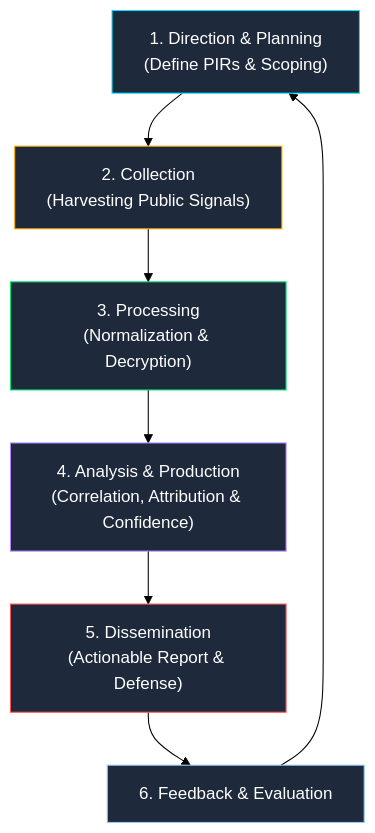
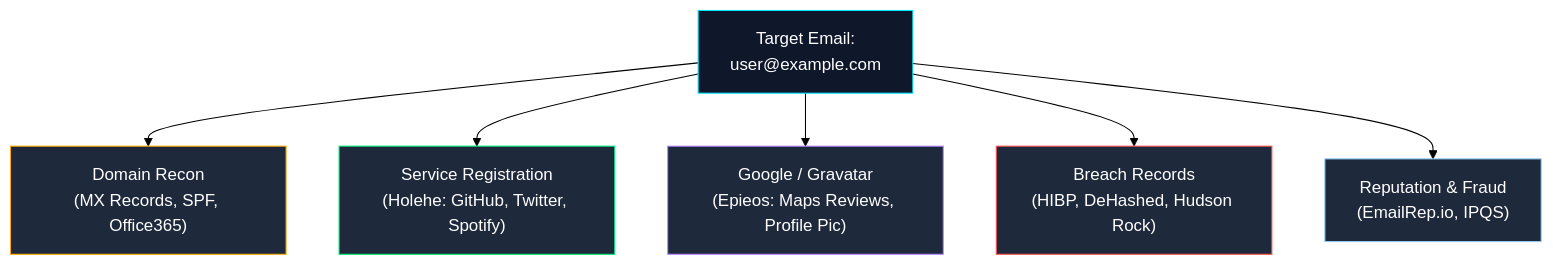
The third of 16 diagrams in OSINT/Over all OSINT/OSINT_Complete_Framework_and_Investigation_Guide.md (sivaoffl04/Cyber-Blog), drawn with Mermaid (forest theme) before and after one commit. The commit also changed other lines of this file and 1 other file, not shown here.

````diff
--- a/OSINT/Over all OSINT/OSINT_Complete_Framework_and_Investigation_Guide.md
+++ b/OSINT/Over all OSINT/OSINT_Complete_Framework_and_Investigation_Guide.md
@@ -86,16 +397,22 @@
 ```mermaid
 flowchart TD
-    D["1. Direction & Planning\n(Define PIRs & Scoping)"] --> C["2. Collection\n(Harvesting Public Signals)"]
-    C --> P["3. Processing\n(Normalization & Decryption)"]
-    P --> A["4. Analysis & Production\n(Correlation, Attribution & Confidence)"]
-    A --> DS["5. Dissemination\n(Actionable Report & Defense)"]
-    DS --> F["6. Feedback & Evaluation"]
-    F --> D
+    E["Target Email:
+user@example.com"]
+    E --> D["Domain Recon
+(MX Records, SPF, Office365)"]
+    E --> H["Service Registration
+(Holehe: GitHub, Twitter, Spotify)"]
+    E --> G["Google / Gravatar
+(Epieos: Maps Reviews, Profile Pic)"]
+    E --> B["Breach Records
+(HIBP, DeHashed, Hudson Rock)"]
+    E --> R["Reputation & Fraud
+(EmailRep.io, IPQS)"]
 
-    style D fill:#1e293b,stroke:#00e5ff,color:#fff
-    style C fill:#1e293b,stroke:#ffab00,color:#fff
-    style P fill:#1e293b,stroke:#00e676,color:#fff
-    style A fill:#1e293b,stroke:#b388ff,color:#fff
-    style DS fill:#1e293b,stroke:#ff5252,color:#fff
-    style F fill:#1e293b,stroke:#90caf9,color:#fff
+    style E fill:#0f172a,stroke:#00e5ff,color:#fff
+    style D fill:#1e293b,stroke:#ffab00,color:#fff
+    style H fill:#1e293b,stroke:#00e676,color:#fff
+    style G fill:#1e293b,stroke:#b388ff,color:#fff
+    style B fill:#1e293b,stroke:#ff5252,color:#fff
+    style R fill:#1e293b,stroke:#90caf9,color:#fff
 ```
````
